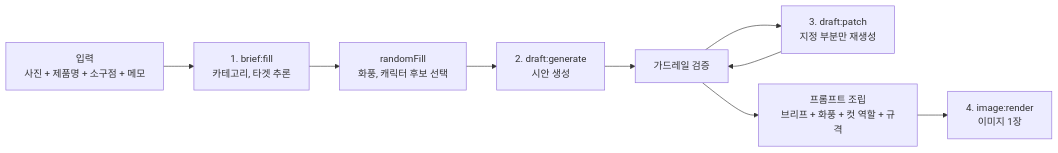
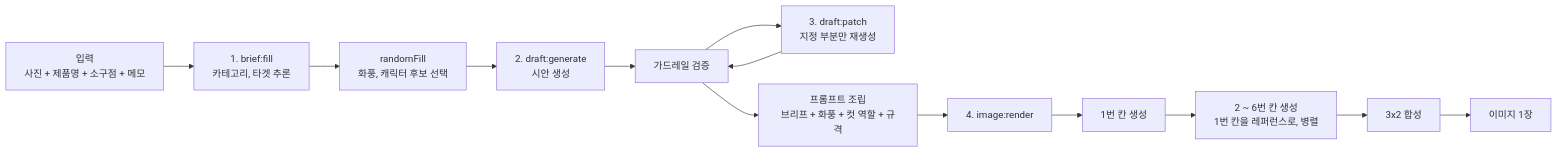
The diagram in docs/기술문서/생성_파이프라인.md (Codeit-AI10-Part4-3Team/AI10-Part4-3Team-Advanced-Project), drawn with Mermaid before and after one commit. The commit also changed other lines of this file and 5 other files, not shown here.

````diff
--- a/docs/기술문서/생성_파이프라인.md
+++ b/docs/기술문서/생성_파이프라인.md
@@ -28,15 +51,20 @@
 ```mermaid
 flowchart LR
     IN["입력<br/>사진 + 제품명 + 소구점 + 메모"]
     FILL["1. brief:fill<br/>카테고리, 타겟 추론"]
     RND["randomFill<br/>화풍, 캐릭터 후보 선택"]
     GEN["2. draft:generate<br/>시안 생성"]
     GUARD["가드레일 검증"]
     PATCH["3. draft:patch<br/>지정 부분만 재생성"]
     ASM["프롬프트 조립<br/>브리프 + 화풍 + 컷 역할 + 규격"]
-    RENDER["4. image:render<br/>이미지 1장"]
+    RENDER["4. image:render"]
+    P1["1번 칸 생성"]
+    PN["2 ~ 6번 칸 생성<br/>1번 칸을 레퍼런스로, 병렬"]
+    COMP["3x2 합성"]
+    OUT["이미지 1장"]
 
     IN --> FILL --> RND --> GEN --> GUARD
     GUARD --> PATCH --> GUARD
     GUARD --> ASM --> RENDER
+    RENDER --> P1 --> PN --> COMP --> OUT
 ```
````
